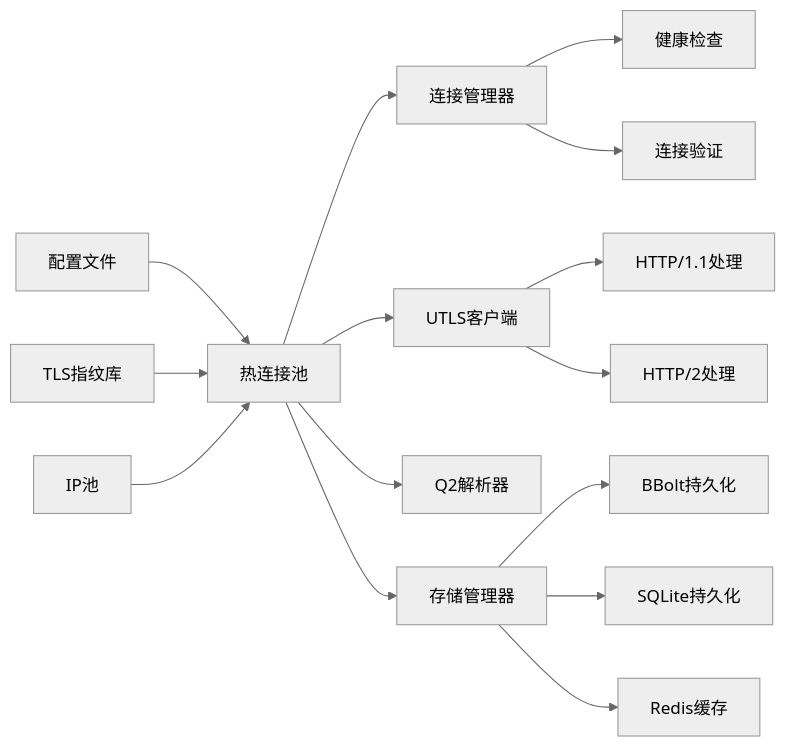
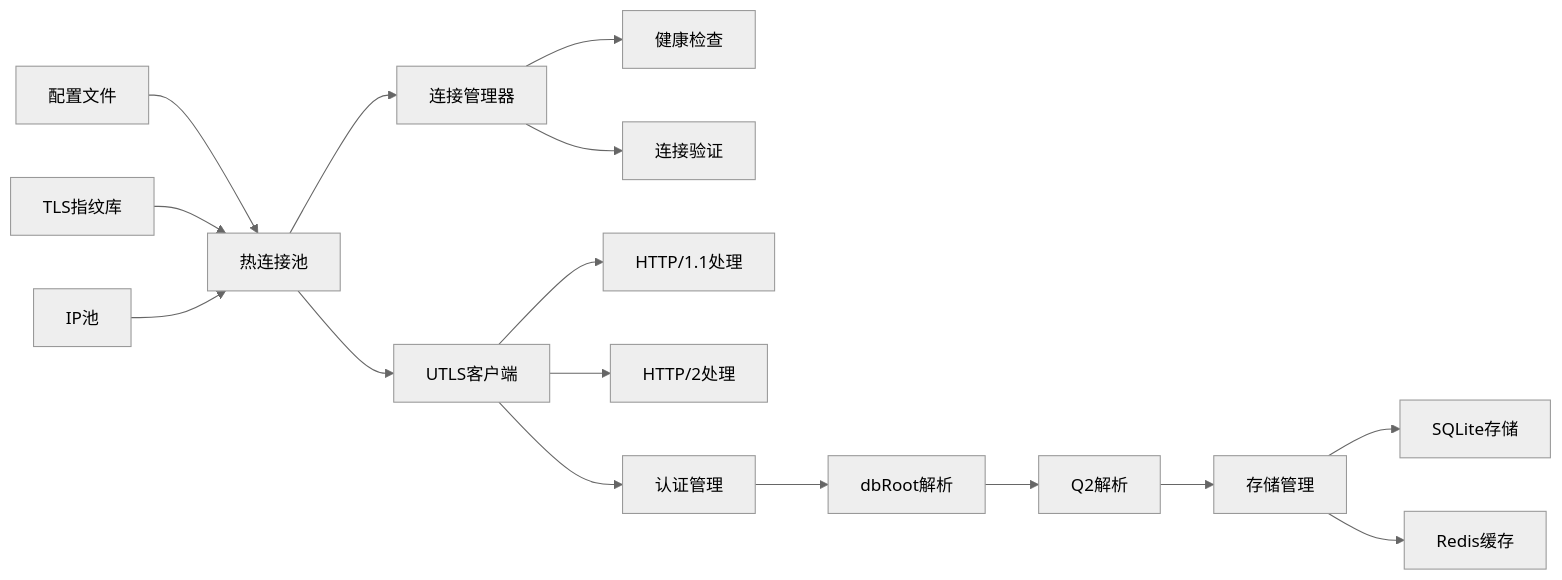
One commit to vistone/crawler-platform changed diagram 12 of 13 in .qoder/repowiki/zh/content/核心功能/核心功能.md. Above: the diagram before and after it, drawn with Mermaid (neutral theme). The commit also changed other lines of this file and 6 other files, not shown here.

````diff
--- a/.qoder/repowiki/zh/content/核心功能/核心功能.md
+++ b/.qoder/repowiki/zh/content/核心功能/核心功能.md
@@ -724,17 +616,18 @@
 ```mermaid
 flowchart LR
 Config[配置文件] --> Pool[热连接池]
 FingerprintLib[TLS指纹库] --> Pool
 IPPool[IP池] --> Pool
 Pool --> ConnMgr[连接管理器]
 ConnMgr --> HealthCheck[健康检查]
 ConnMgr --> Validator[连接验证]
 Pool --> Client[UTLS客户端]
 Client --> HTTP1[HTTP/1.1处理]
 Client --> HTTP2[HTTP/2处理]
-Pool --> Q2Parser[Q2解析器]
-Pool --> Storage[存储管理器]
-Storage --> BBolt[BBolt持久化]
-Storage --> SQLite[SQLite持久化]
+Client --> Auth[认证管理]
+Auth --> DBRoot[dbRoot解析]
+DBRoot --> Q2Parser[Q2解析]
+Q2Parser --> Storage[存储管理]
+Storage --> SQLite[SQLite存储]
 Storage --> Redis[Redis缓存]
 ```
````
